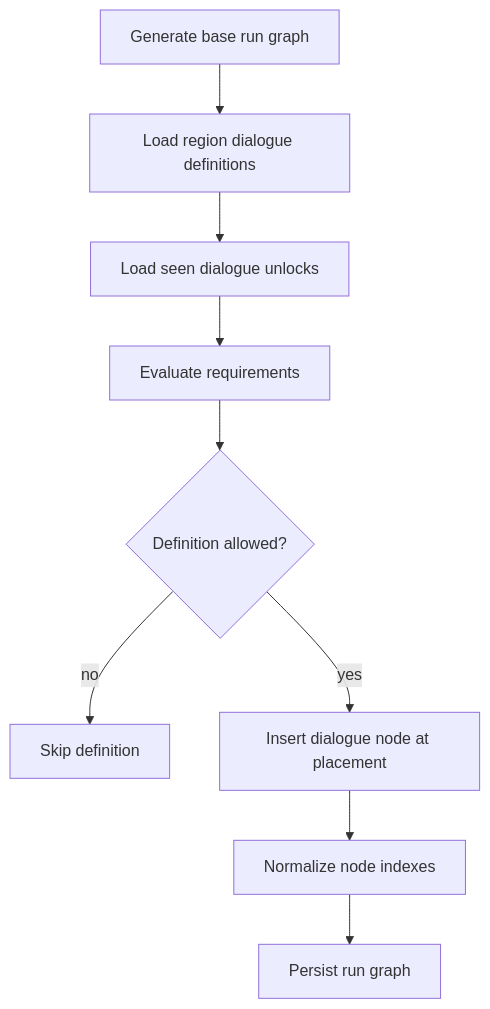
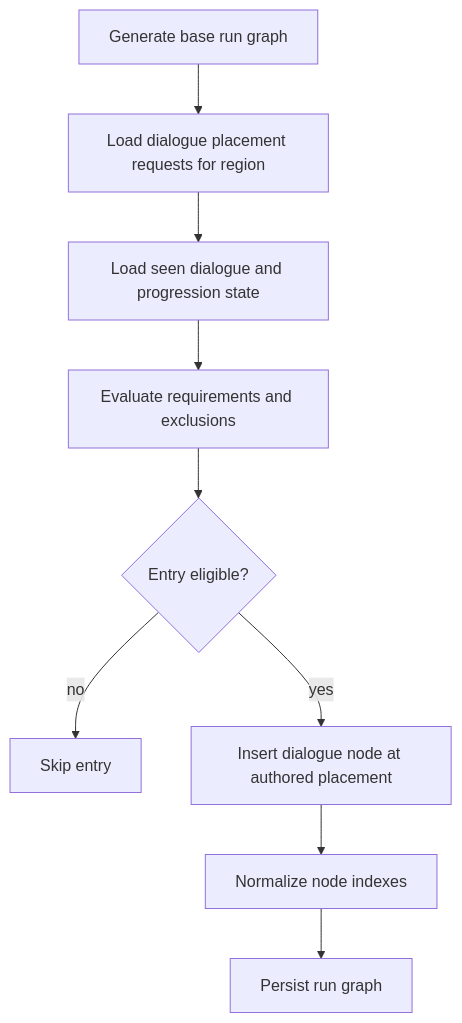
The first of 4 diagrams in documentation/02-systems/04-dialogue-flow-determination.md (NickGrant/DiceGoblin), drawn with Mermaid before and after one commit. The commit also changed other lines of this file, not shown here.

Commit message:
docs: separate dialogue flow from dialogue content

````diff
--- a/documentation/02-systems/04-dialogue-flow-determination.md
+++ b/documentation/02-systems/04-dialogue-flow-determination.md
@@ -25,11 +28,11 @@
 ```mermaid
 flowchart TD
-  A[Generate base run graph] --> B[Load region dialogue definitions]
-  B --> C[Load seen dialogue unlocks]
-  C --> D[Evaluate requirements]
-  D --> E{Definition allowed?}
-  E -- no --> F[Skip definition]
-  E -- yes --> G[Insert dialogue node at placement]
+  A[Generate base run graph] --> B[Load dialogue placement requests for region]
+  B --> C[Load seen dialogue and progression state]
+  C --> D[Evaluate requirements and exclusions]
+  D --> E{Entry eligible?}
+  E -- no --> F[Skip entry]
+  E -- yes --> G[Insert dialogue node at authored placement]
   G --> H[Normalize node indexes]
   H --> I[Persist run graph]
 ```
````
